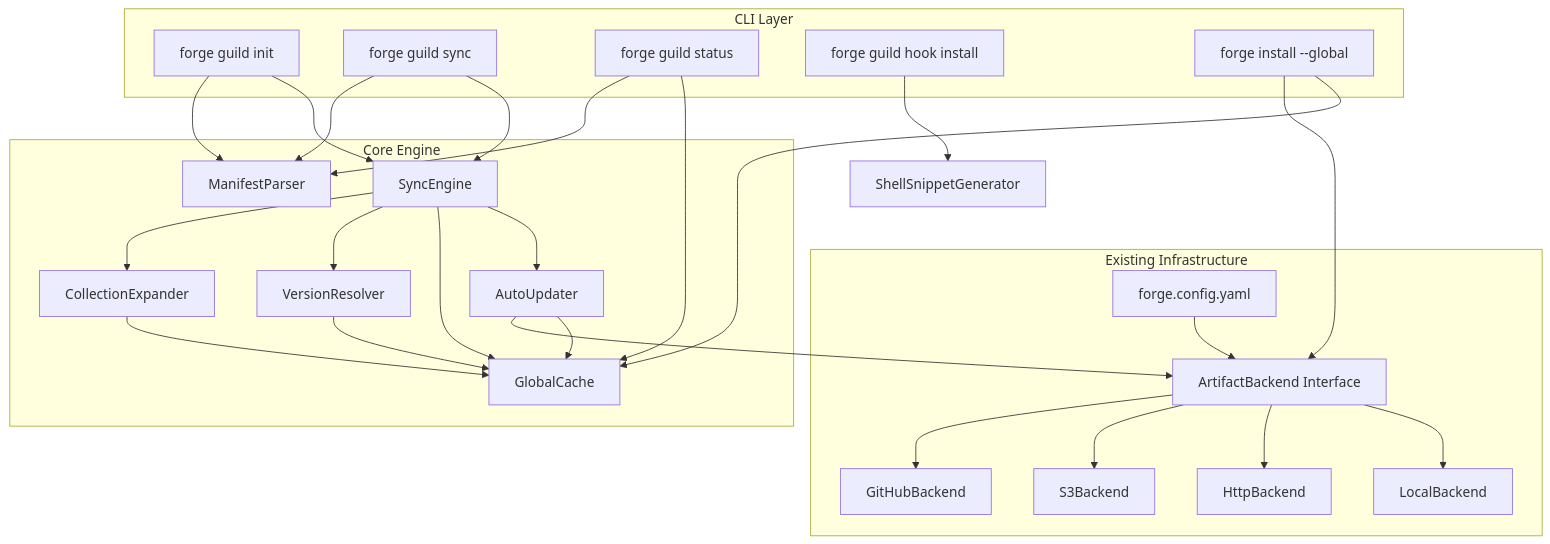
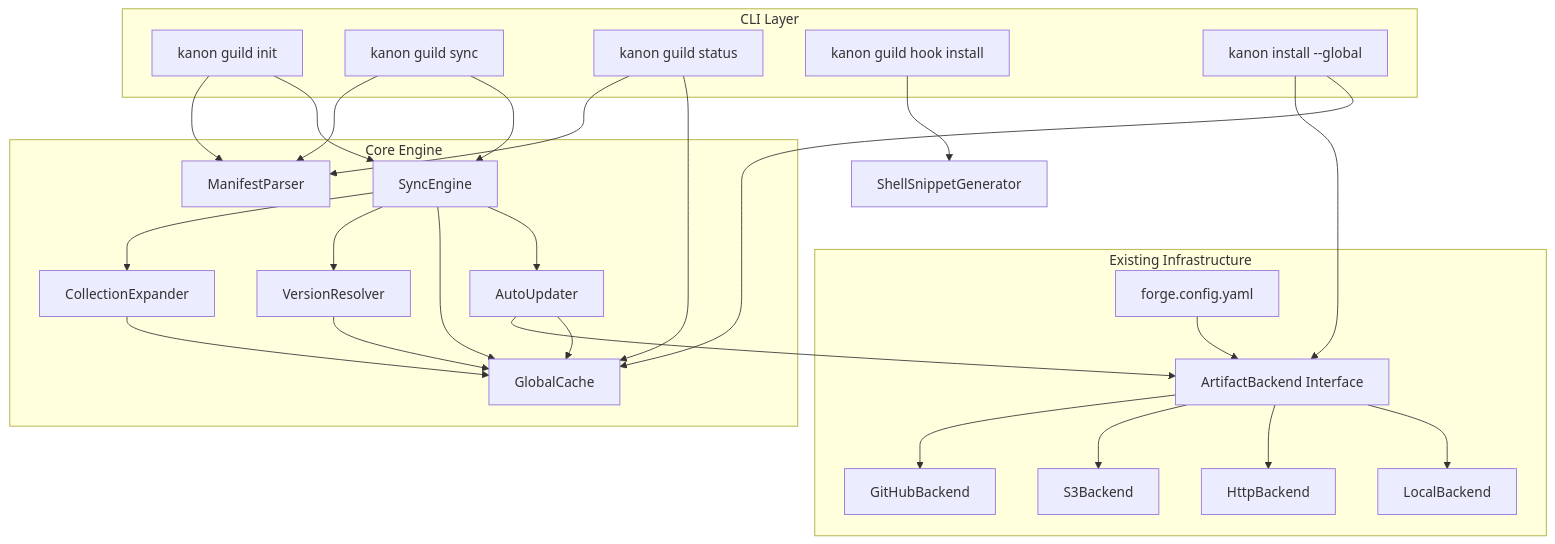
One commit to jhu-sheridan-libraries/agentic-skill-library changed the diagram in .kiro/specs/team-mode-distribution/design.md. Above: the diagram before and after it, drawn with Mermaid. The commit also changed other lines of this file and 1269 other files, not shown here.

````diff
--- a/.kiro/specs/team-mode-distribution/design.md
+++ b/.kiro/specs/team-mode-distribution/design.md
@@ -18,55 +18,55 @@
 ```mermaid
 graph TD
     subgraph CLI Layer
-        GI[forge guild init]
-        GS[forge guild sync]
-        GST[forge guild status]
-        GH[forge guild hook install]
-        FIG[forge install --global]
+        GI[kanon guild init]
+        GS[kanon guild sync]
+        GST[kanon guild status]
+        GH[kanon guild hook install]
+        FIG[kanon install --global]
     end
 
     subgraph Core Engine
         MP[ManifestParser]
         SE[SyncEngine]
         CE[CollectionExpander]
         VR[VersionResolver]
         AU[AutoUpdater]
         GC[GlobalCache]
     end
 
     subgraph Existing Infrastructure
         AB[ArtifactBackend Interface]
         GB[GitHubBackend]
         S3B[S3Backend]
         HB[HttpBackend]
         LB[LocalBackend]
         CFG[forge.config.yaml]
     end
 
     GI --> MP
     GI --> SE
     GS --> MP
     GS --> SE
     GST --> MP
     GST --> GC
     GH --> ShellSnippetGen[ShellSnippetGenerator]
     FIG --> AB
     FIG --> GC
 
     SE --> CE
     SE --> VR
     SE --> GC
     SE --> AU
 
     AU --> AB
     AU --> GC
     VR --> GC
     CE --> GC
 
     AB --> GB
     AB --> S3B
     AB --> HB
     AB --> LB
 
     CFG --> AB
 ```
````
